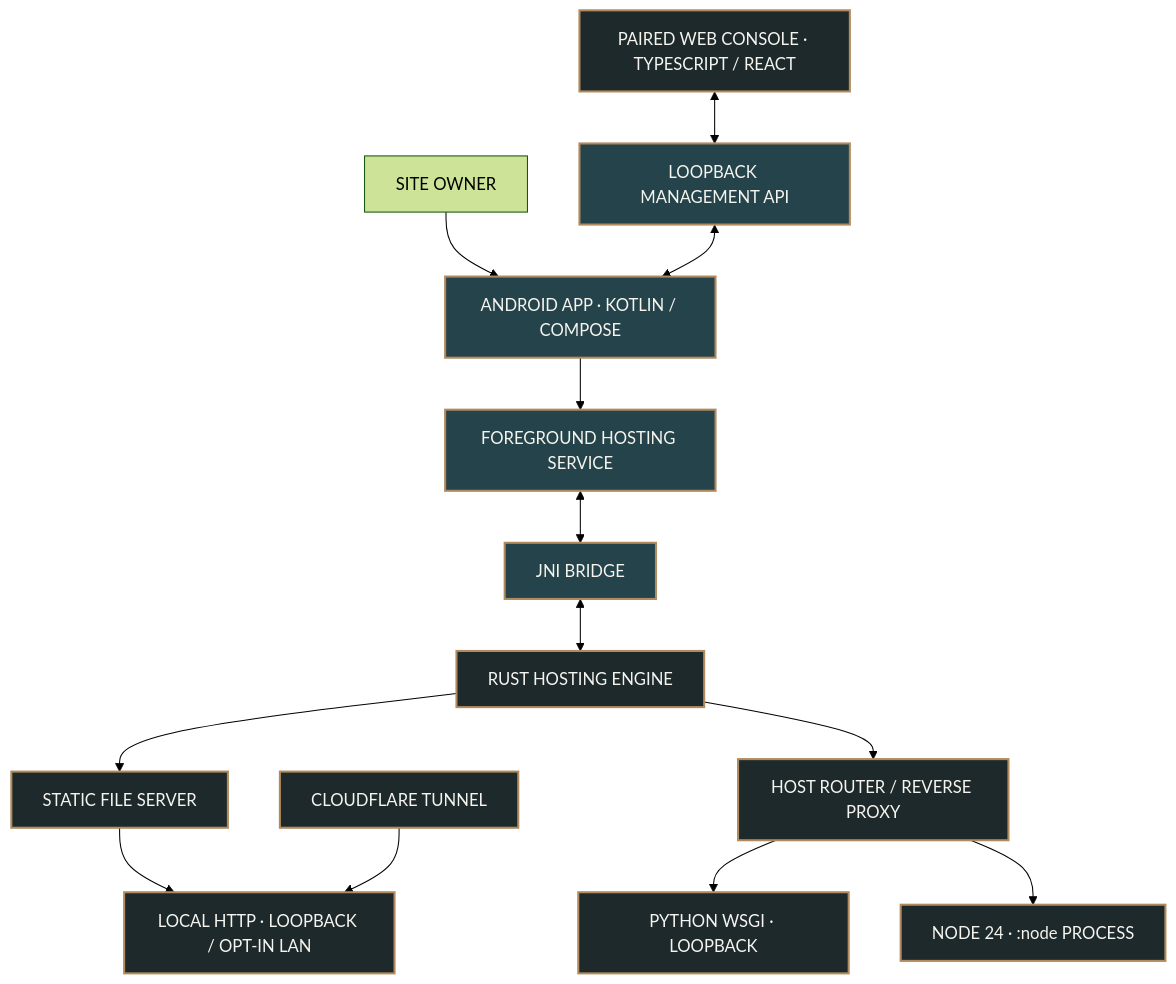
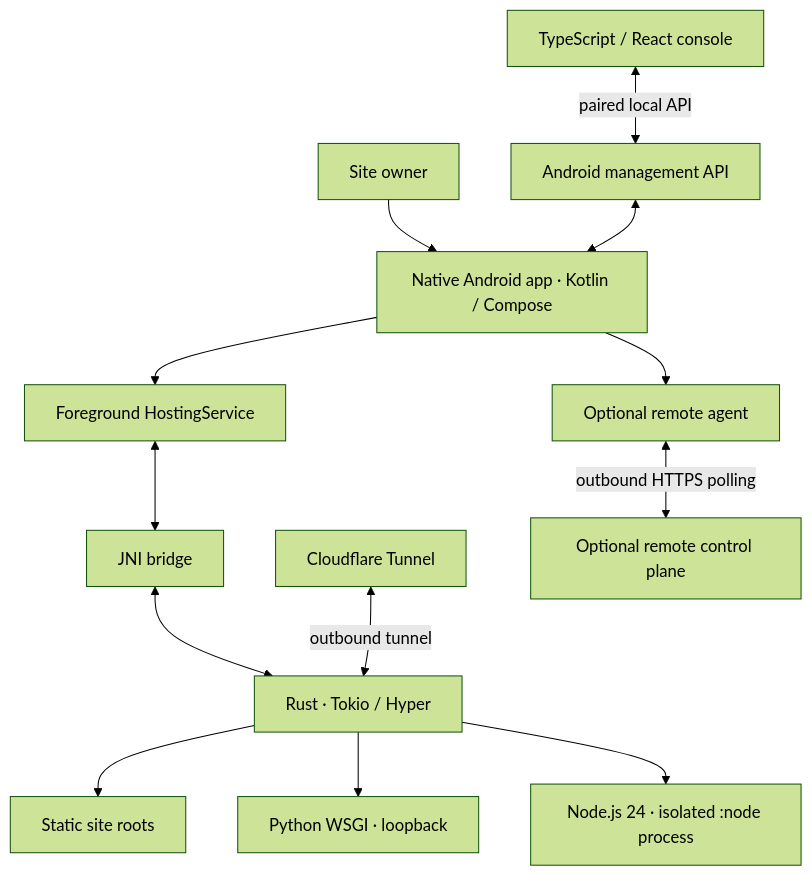
The diagram in README.md (AssayFlux/PocketHost), drawn with Mermaid (forest theme) before and after one commit. The commit also changed other lines of this file, not shown here.

Commit message:
docs: reconcile PocketHost documentation with integrated source

````diff
--- a/README.md
+++ b/README.md
@@ -118,21 +33,15 @@
-~~~mermaid
+```mermaid
 flowchart TB
-    OWNER["SITE OWNER"] --> APP["ANDROID APP · KOTLIN / COMPOSE"]
-    APP --> SERVICE["FOREGROUND HOSTING SERVICE"]
-    SERVICE <--> JNI["JNI BRIDGE"]
-    JNI <--> CORE["RUST HOSTING ENGINE"]
-    CORE --> STATIC["STATIC FILE SERVER"]
-    STATIC --> LOOP["LOCAL HTTP · LOOPBACK / OPT-IN LAN"]
-    CONSOLE["PAIRED WEB CONSOLE · TYPESCRIPT / REACT"] <--> API["LOOPBACK MANAGEMENT API"]
-    API <--> APP
-    CORE --> ROUTER["HOST ROUTER / REVERSE PROXY"]
-    ROUTER --> PY["PYTHON WSGI · LOOPBACK"]
-    ROUTER --> NODE["NODE 24 · :node PROCESS"]
-    TUNNEL["CLOUDFLARE TUNNEL"] --> LOOP
-    classDef native fill:#24434A,color:#F6F4EF,stroke:#B18B5E,stroke-width:2px;
-    classDef engine fill:#1D292B,color:#F6F4EF,stroke:#B18B5E,stroke-width:2px;
-    classDef integrated fill:#657174,color:#FFFFFF,stroke:#B18B5E,stroke-width:1px;
-    class APP,SERVICE,JNI,API native;
-    class CORE,STATIC,LOOP,ROUTER engine;
-    class CONSOLE,TUNNEL,PY,NODE engine;
-~~~
+  USER["Site owner"] --> APP["Native Android app · Kotlin / Compose"]
+  APP --> SVC["Foreground HostingService"]
+  SVC <--> JNI["JNI bridge"]
+  JNI <--> RUST["Rust · Tokio / Hyper"]
+  RUST --> STATIC["Static site roots"]
+  RUST --> PY["Python WSGI · loopback"]
+  RUST --> NODE["Node.js 24 · isolated :node process"]
+  CONSOLE["TypeScript / React console"] <-->|"paired local API"| API["Android management API"]
+  API <--> APP
+  TUNNEL["Cloudflare Tunnel"] <-->|"outbound tunnel"| RUST
+  AGENT["Optional remote agent"] <-->|"outbound HTTPS polling"| CP["Optional remote control plane"]
+  APP --> AGENT
+```
````
